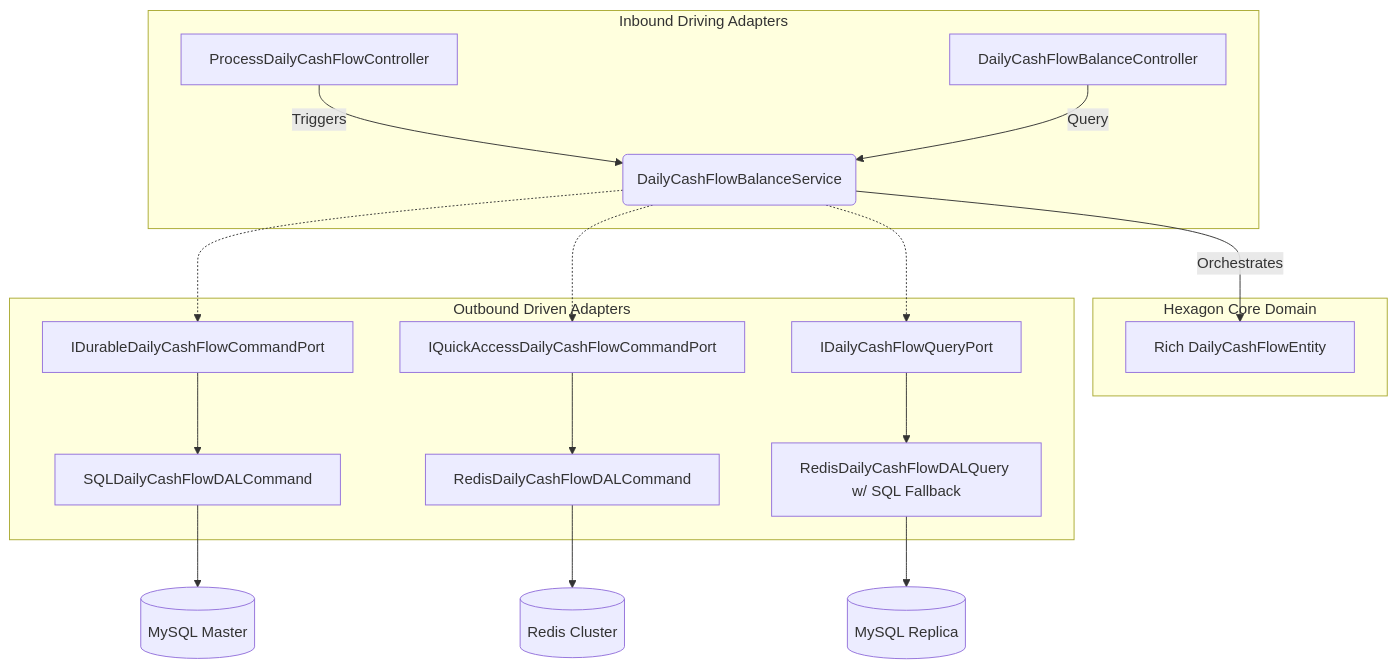
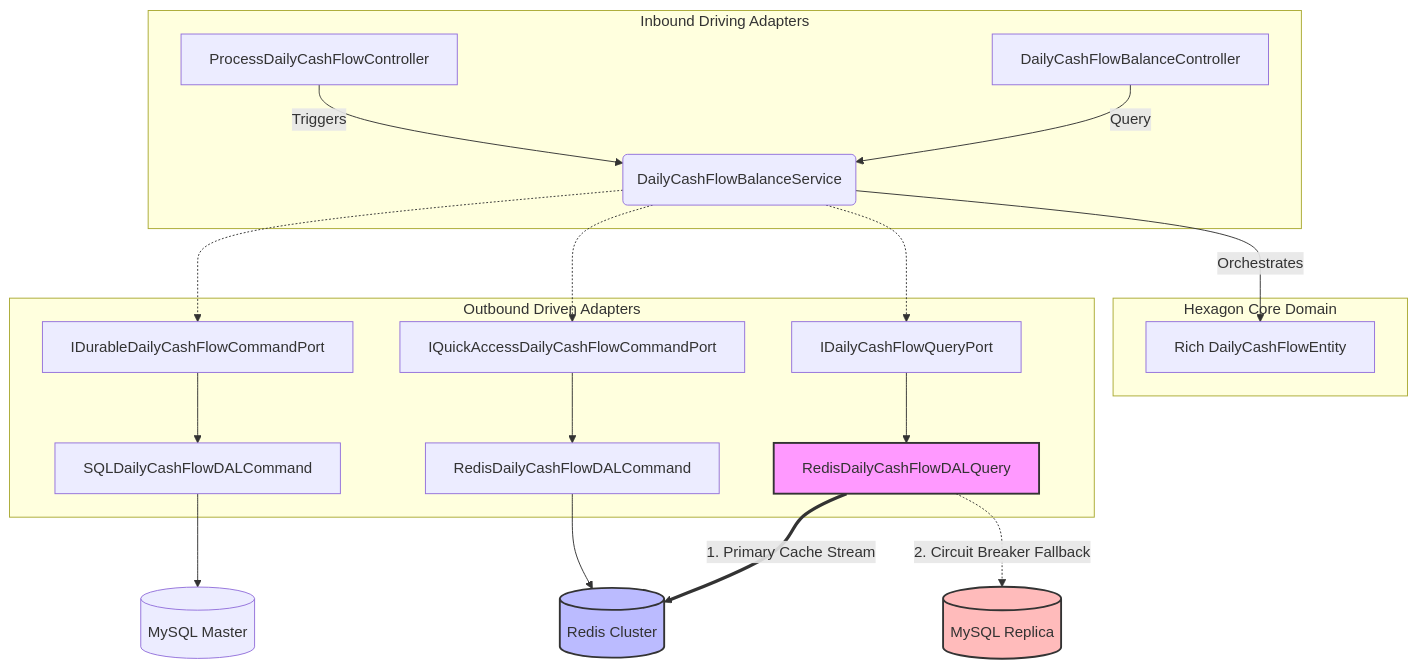
One commit to wellamaral2007/DailyCashFlowAPI changed the second of 4 diagrams in README.md. Above: the diagram before and after it, drawn with Mermaid. The commit also changed other lines of this file and 21 other files, not shown here.

````diff
--- a/README.md
+++ b/README.md
@@ -249,24 +286,36 @@
 ```mermaid
 graph TD
     subgraph Driving Adapters [Inbound Driving Adapters]
         A[ProcessDailyCashFlowController] -- Triggers --> B(DailyCashFlowBalanceService)
         C[DailyCashFlowBalanceController] -- Query --> B
     end
 
     subgraph Core Domain [Hexagon Core Domain]
         B -- Orchestrates --> D[Rich DailyCashFlowEntity]
     end
 
     subgraph Driven Adapters [Outbound Driven Adapters]
         E[IDurableDailyCashFlowCommandPort] --> F[SQLDailyCashFlowDALCommand]
         G[IQuickAccessDailyCashFlowCommandPort] --> H[RedisDailyCashFlowDALCommand]
-        I[IDailyCashFlowQueryPort] --> J[RedisDailyCashFlowDALQuery w/ SQL Fallback]
+        I[IDailyCashFlowQueryPort] --> J[RedisDailyCashFlowDALQuery]
     end
 
+    %% Core Domain Port Bindings
     B -.-> E
     B -.-> G
     B -.-> I
+
+    %% Write Pipeline Infrastructure
     F --> MySQL_DB[(MySQL Master)]
     H --> Redis_DB[(Redis Cluster)]
-    J --> MySQL_Replica[(MySQL Replica)]
+
+    %% Read Pipeline with Circuit Breaker Interceptor [11.12]
+    J ==> |1. Primary Cache Stream| Redis_DB
+    J -.-> |2. Circuit Breaker Fallback| MySQL_Replica[(MySQL Replica)]
+
+    %% Styling for better visibility
+    style J fill:#f9f,stroke:#333,stroke-width:2px
+    style Redis_DB fill:#bbf,stroke:#333,stroke-width:2px
+    style MySQL_Replica fill:#fbb,stroke:#333,stroke-width:2px
+
 ```
````
